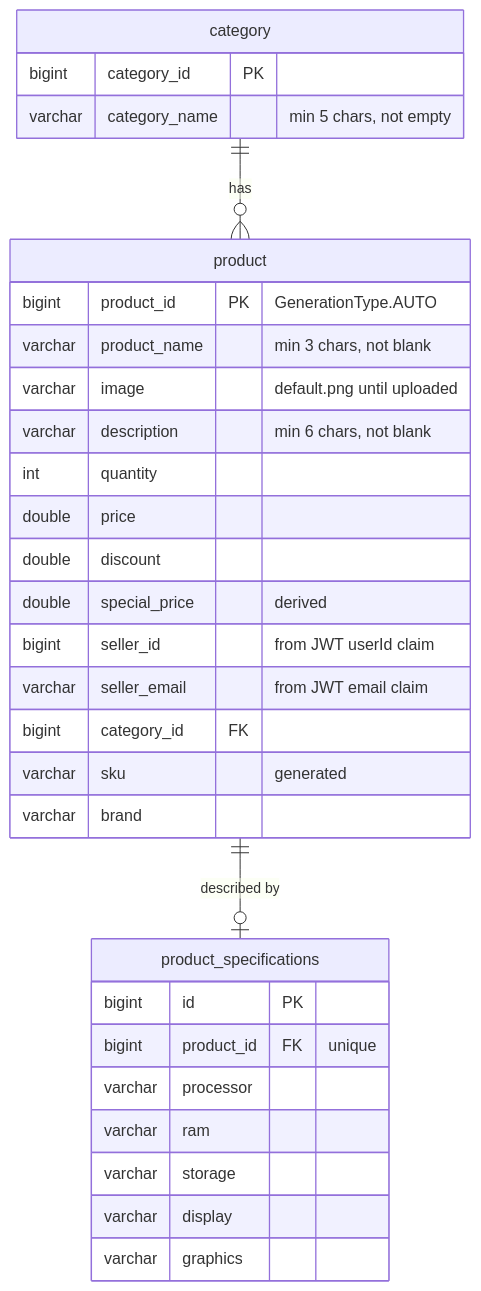
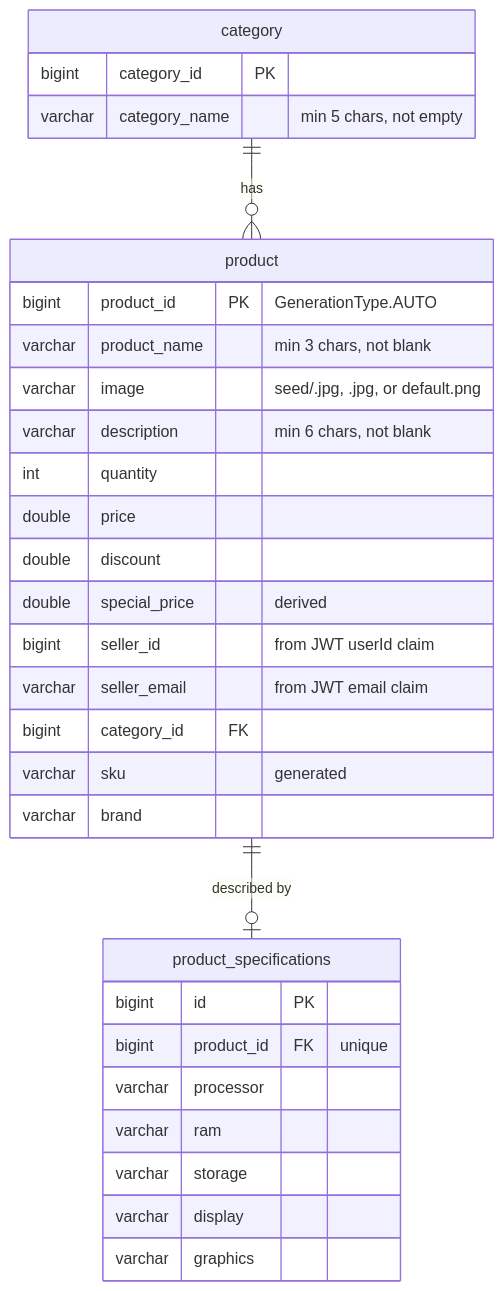
One commit to thaivanlam/Techzone-laptop-project changed the diagram in docs/backend/services/product-service.md. Above: the diagram before and after it, drawn with Mermaid. The commit also changed other lines of this file and 2 other files, not shown here.

First line of the commit message:
Record BUG-19, BUG-20 and BUG-21, and correct OPS-01 for the seed fix

````diff
--- a/docs/backend/services/product-service.md
+++ b/docs/backend/services/product-service.md
@@ -132,34 +132,34 @@
 ```mermaid
 erDiagram
     category ||--o{ product : "has"
     product  ||--o| product_specifications : "described by"
 
     category {
         bigint  category_id PK
         varchar category_name "min 5 chars, not empty"
     }
     product {
         bigint  product_id PK "GenerationType.AUTO"
         varchar product_name "min 3 chars, not blank"
-        varchar image "default.png until uploaded"
+        varchar image "seed/<slug>.jpg, <uuid>.jpg, or default.png"
         varchar description "min 6 chars, not blank"
         int     quantity
         double  price
         double  discount
         double  special_price "derived"
         bigint  seller_id "from JWT userId claim"
         varchar seller_email "from JWT email claim"
         bigint  category_id FK
         varchar sku "generated"
         varchar brand
     }
     product_specifications {
         bigint  id PK
         bigint  product_id FK "unique"
         varchar processor
         varchar ram
         varchar storage
         varchar display
         varchar graphics
     }
 ```
````
